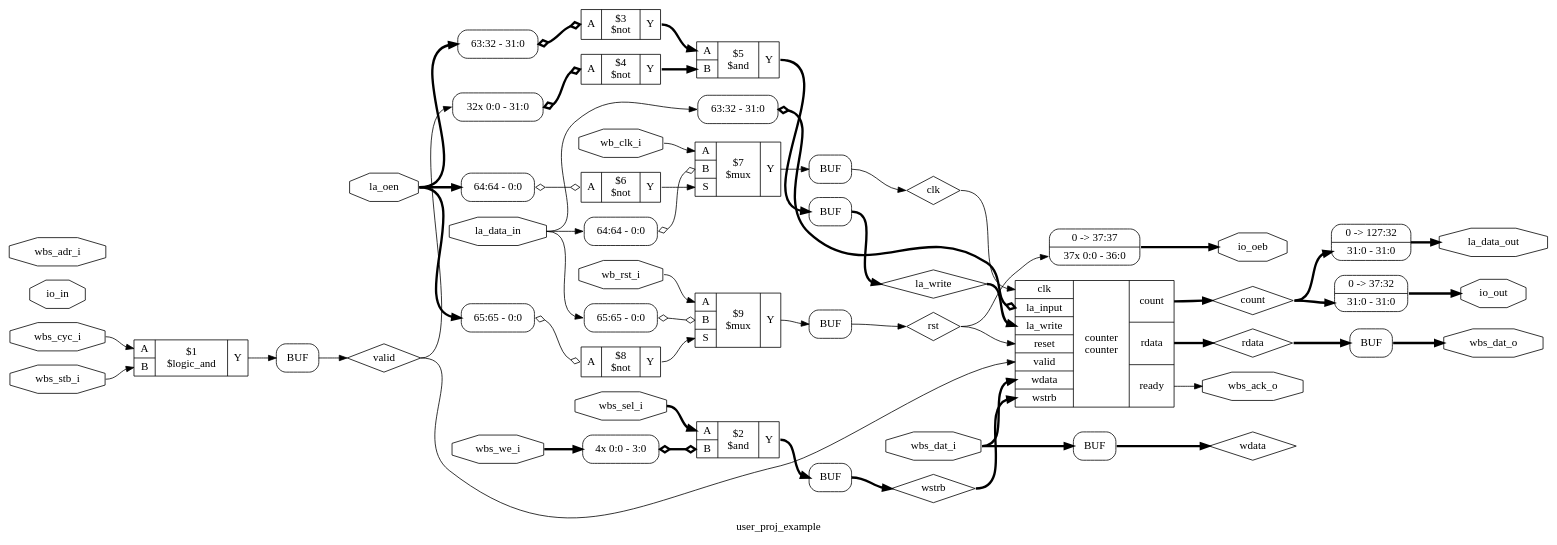
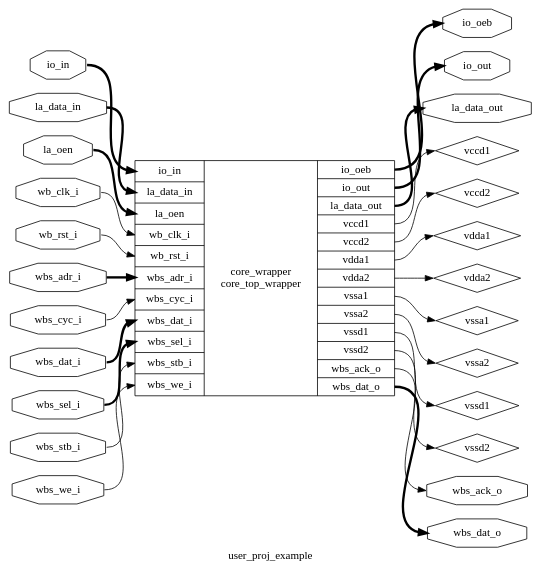
The diagram in openlane/user_proj_example/runs/user_proj_example/tmp/synthesis/hierarchy.dot (joelsanchezmoreno/caravel_custom_core), drawn with Graphviz before and after one commit. The commit also changed 155 other files, not shown here.

```diff
--- a/openlane/user_proj_example/runs/user_proj_example/tmp/synthesis/hierarchy.dot
+++ b/openlane/user_proj_example/runs/user_proj_example/tmp/synthesis/hierarchy.dot
@@ -1,111 +1,54 @@
 digraph "user_proj_example" {
 label="user_proj_example";
 rankdir="LR";
 remincross=true;
-n10 [ shape=diamond, label="la_write", color="black", fontcolor="black" ];
-n11 [ shape=diamond, label="wstrb", color="black", fontcolor="black" ];
-n12 [ shape=diamond, label="valid", color="black", fontcolor="black" ];
-n13 [ shape=diamond, label="count", color="black", fontcolor="black" ];
-n14 [ shape=diamond, label="wdata", color="black", fontcolor="black" ];
-n15 [ shape=diamond, label="rdata", color="black", fontcolor="black" ];
-n16 [ shape=diamond, label="rst", color="black", fontcolor="black" ];
-n17 [ shape=diamond, label="clk", color="black", fontcolor="black" ];
-n18 [ shape=octagon, label="io_oeb", color="black", fontcolor="black" ];
-n19 [ shape=octagon, label="io_out", color="black", fontcolor="black" ];
-n20 [ shape=octagon, label="io_in", color="black", fontcolor="black" ];
-n21 [ shape=octagon, label="la_oen", color="black", fontcolor="black" ];
-n22 [ shape=octagon, label="la_data_out", color="black", fontcolor="black" ];
-n23 [ shape=octagon, label="la_data_in", color="black", fontcolor="black" ];
-n24 [ shape=octagon, label="wbs_dat_o", color="black", fontcolor="black" ];
-n25 [ shape=octagon, label="wbs_ack_o", color="black", fontcolor="black" ];
-n26 [ shape=octagon, label="wbs_adr_i", color="black", fontcolor="black" ];
-n27 [ shape=octagon, label="wbs_dat_i", color="black", fontcolor="black" ];
-n28 [ shape=octagon, label="wbs_sel_i", color="black", fontcolor="black" ];
-n29 [ shape=octagon, label="wbs_we_i", color="black", fontcolor="black" ];
-n30 [ shape=octagon, label="wbs_cyc_i", color="black", fontcolor="black" ];
-n31 [ shape=octagon, label="wbs_stb_i", color="black", fontcolor="black" ];
-n32 [ shape=octagon, label="wb_rst_i", color="black", fontcolor="black" ];
-n33 [ shape=octagon, label="wb_clk_i", color="black", fontcolor="black" ];
-c37 [ shape=record, label="{{<p17> clk|<p34> la_input|<p10> la_write|<p35> reset|<p12> valid|<p14> wdata|<p11> wstrb}|counter\ncounter|{<p13> count|<p15> rdata|<p36> ready}}" ];
-x0 [ shape=record, style=rounded, label="<s0> 63:32 - 31:0 " ];
-x0:e -> c37:p34:w [arrowhead=odiamond, arrowtail=odiamond, dir=both, color="black", style="setlinewidth(3)", label=""];
-c42 [ shape=record, label="{{<p38> A|<p39> B|<p40> S}|$9\n$mux|{<p41> Y}}" ];
-x1 [ shape=record, style=rounded, label="<s0> 65:65 - 0:0 " ];
-x1:e -> c42:p39:w [arrowhead=odiamond, arrowtail=odiamond, dir=both, color="black", label=""];
-c43 [ shape=record, label="{{<p38> A}|$8\n$not|{<p41> Y}}" ];
-x2 [ shape=record, style=rounded, label="<s0> 65:65 - 0:0 " ];
-x2:e -> c43:p38:w [arrowhead=odiamond, arrowtail=odiamond, dir=both, color="black", label=""];
-c44 [ shape=record, label="{{<p38> A|<p39> B|<p40> S}|$7\n$mux|{<p41> Y}}" ];
-x3 [ shape=record, style=rounded, label="<s0> 64:64 - 0:0 " ];
-x3:e -> c44:p39:w [arrowhead=odiamond, arrowtail=odiamond, dir=both, color="black", label=""];
-c45 [ shape=record, label="{{<p38> A}|$6\n$not|{<p41> Y}}" ];
-x4 [ shape=record, style=rounded, label="<s0> 64:64 - 0:0 " ];
-x4:e -> c45:p38:w [arrowhead=odiamond, arrowtail=odiamond, dir=both, color="black", label=""];
-c46 [ shape=record, label="{{<p38> A|<p39> B}|$5\n$and|{<p41> Y}}" ];
-c47 [ shape=record, label="{{<p38> A}|$4\n$not|{<p41> Y}}" ];
-x5 [ shape=record, style=rounded, label="<s31> 32x 0:0 - 31:0 " ];
-x5:e -> c47:p38:w [arrowhead=odiamond, arrowtail=odiamond, dir=both, color="black", style="setlinewidth(3)", label=""];
-c48 [ shape=record, label="{{<p38> A}|$3\n$not|{<p41> Y}}" ];
-x6 [ shape=record, style=rounded, label="<s0> 63:32 - 31:0 " ];
-x6:e -> c48:p38:w [arrowhead=odiamond, arrowtail=odiamond, dir=both, color="black", style="setlinewidth(3)", label=""];
-c49 [ shape=record, label="{{<p38> A|<p39> B}|$2\n$and|{<p41> Y}}" ];
-x7 [ shape=record, style=rounded, label="<s3> 4x 0:0 - 3:0 " ];
-x7:e -> c49:p39:w [arrowhead=odiamond, arrowtail=odiamond, dir=both, color="black", style="setlinewidth(3)", label=""];
-c50 [ shape=record, label="{{<p38> A|<p39> B}|$1\n$logic_and|{<p41> Y}}" ];
-x8 [shape=box, style=rounded, label="BUF"];
-x9 [shape=box, style=rounded, label="BUF"];
-x10 [shape=box, style=rounded, label="BUF"];
-x11 [shape=box, style=rounded, label="BUF"];
-x12 [ shape=record, style=rounded, label="0 -&gt; 37:32 |<s0> 31:0 - 31:0 " ];
-x13 [ shape=record, style=rounded, label="0 -&gt; 37:37 |<s36> 37x 0:0 - 36:0 " ];
-x14 [ shape=record, style=rounded, label="0 -&gt; 127:32 |<s0> 31:0 - 31:0 " ];
-x15 [shape=box, style=rounded, label="BUF"];
-x16 [shape=box, style=rounded, label="BUF"];
-x17 [shape=box, style=rounded, label="BUF"];
-c42:p41:e -> x17:w:w [color="black", label=""];
-x15:e:e -> n10:w [color="black", style="setlinewidth(3)", label=""];
-n10:e -> c37:p10:w [color="black", style="setlinewidth(3)", label=""];
-x9:e:e -> n11:w [color="black", style="setlinewidth(3)", label=""];
-n11:e -> c37:p11:w [color="black", style="setlinewidth(3)", label=""];
-x8:e:e -> n12:w [color="black", label=""];
-n12:e -> c37:p12:w [color="black", label=""];
-n12:e -> x5:s31:w [color="black", label=""];
-c37:p13:e -> n13:w [color="black", style="setlinewidth(3)", label=""];
-n13:e -> x12:s0:w [color="black", style="setlinewidth(3)", label=""];
-n13:e -> x14:s0:w [color="black", style="setlinewidth(3)", label=""];
-x11:e:e -> n14:w [color="black", style="setlinewidth(3)", label=""];
-c37:p15:e -> n15:w [color="black", style="setlinewidth(3)", label=""];
-n15:e -> x10:w:w [color="black", style="setlinewidth(3)", label=""];
-x17:e:e -> n16:w [color="black", label=""];
-n16:e -> c37:p35:w [color="black", label=""];
-n16:e -> x13:s36:w [color="black", label=""];
-x16:e:e -> n17:w [color="black", label=""];
-n17:e -> c37:p17:w [color="black", label=""];
-x13:e -> n18:w [color="black", style="setlinewidth(3)", label=""];
-x12:e -> n19:w [color="black", style="setlinewidth(3)", label=""];
-c43:p41:e -> c42:p40:w [color="black", label=""];
-n21:e -> x2:s0:w [color="black", style="setlinewidth(3)", label=""];
-n21:e -> x4:s0:w [color="black", style="setlinewidth(3)", label=""];
-n21:e -> x6:s0:w [color="black", style="setlinewidth(3)", label=""];
-x14:e -> n22:w [color="black", style="setlinewidth(3)", label=""];
-n23:e -> x0:s0:w [color="black", label=""];
-n23:e -> x1:s0:w [color="black", label=""];
-n23:e -> x3:s0:w [color="black", label=""];
-x10:e:e -> n24:w [color="black", style="setlinewidth(3)", label=""];
-c37:p36:e -> n25:w [color="black", label=""];
-n27:e -> c37:p14:w [color="black", style="setlinewidth(3)", label=""];
-n27:e -> x11:w:w [color="black", style="setlinewidth(3)", label=""];
-n28:e -> c49:p38:w [color="black", style="setlinewidth(3)", label=""];
-n29:e -> x7:s3:w [color="black", style="setlinewidth(3)", label=""];
-c44:p41:e -> x16:w:w [color="black", label=""];
-n30:e -> c50:p38:w [color="black", label=""];
-n31:e -> c50:p39:w [color="black", label=""];
-n32:e -> c42:p38:w [color="black", label=""];
-n33:e -> c44:p38:w [color="black", label=""];
-c45:p41:e -> c44:p40:w [color="black", label=""];
-c46:p41:e -> x15:w:w [color="black", style="setlinewidth(3)", label=""];
-c47:p41:e -> c46:p39:w [color="black", style="setlinewidth(3)", label=""];
-c48:p41:e -> c46:p38:w [color="black", style="setlinewidth(3)", label=""];
-c49:p41:e -> x9:w:w [color="black", style="setlinewidth(3)", label=""];
-c50:p41:e -> x8:w:w [color="black", label=""];
+n1 [ shape=diamond, label="vssd2", color="black", fontcolor="black" ];
+n2 [ shape=diamond, label="vssd1", color="black", fontcolor="black" ];
+n3 [ shape=diamond, label="vccd2", color="black", fontcolor="black" ];
+n4 [ shape=diamond, label="vccd1", color="black", fontcolor="black" ];
+n5 [ shape=diamond, label="vssa2", color="black", fontcolor="black" ];
+n6 [ shape=diamond, label="vssa1", color="black", fontcolor="black" ];
+n7 [ shape=diamond, label="vdda2", color="black", fontcolor="black" ];
+n8 [ shape=diamond, label="vdda1", color="black", fontcolor="black" ];
+n9 [ shape=octagon, label="io_oeb", color="black", fontcolor="black" ];
+n10 [ shape=octagon, label="io_out", color="black", fontcolor="black" ];
+n11 [ shape=octagon, label="io_in", color="black", fontcolor="black" ];
+n12 [ shape=octagon, label="la_oen", color="black", fontcolor="black" ];
+n13 [ shape=octagon, label="la_data_out", color="black", fontcolor="black" ];
+n14 [ shape=octagon, label="la_data_in", color="black", fontcolor="black" ];
+n15 [ shape=octagon, label="wbs_dat_o", color="black", fontcolor="black" ];
+n16 [ shape=octagon, label="wbs_ack_o", color="black", fontcolor="black" ];
+n17 [ shape=octagon, label="wbs_adr_i", color="black", fontcolor="black" ];
+n18 [ shape=octagon, label="wbs_dat_i", color="black", fontcolor="black" ];
+n19 [ shape=octagon, label="wbs_sel_i", color="black", fontcolor="black" ];
+n20 [ shape=octagon, label="wbs_we_i", color="black", fontcolor="black" ];
+n21 [ shape=octagon, label="wbs_cyc_i", color="black", fontcolor="black" ];
+n22 [ shape=octagon, label="wbs_stb_i", color="black", fontcolor="black" ];
+n23 [ shape=octagon, label="wb_rst_i", color="black", fontcolor="black" ];
+n24 [ shape=octagon, label="wb_clk_i", color="black", fontcolor="black" ];
+c25 [ shape=record, label="{{<p11> io_in|<p14> la_data_in|<p12> la_oen|<p24> wb_clk_i|<p23> wb_rst_i|<p17> wbs_adr_i|<p21> wbs_cyc_i|<p18> wbs_dat_i|<p19> wbs_sel_i|<p22> wbs_stb_i|<p20> wbs_we_i}|core_wrapper\ncore_top_wrapper|{<p9> io_oeb|<p10> io_out|<p13> la_data_out|<p4> vccd1|<p3> vccd2|<p8> vdda1|<p7> vdda2|<p6> vssa1|<p5> vssa2|<p2> vssd1|<p1> vssd2|<p16> wbs_ack_o|<p15> wbs_dat_o}}" ];
+c25:p1:e -> n1:w [color="black", label=""];
+c25:p10:e -> n10:w [color="black", style="setlinewidth(3)", label=""];
+n11:e -> c25:p11:w [color="black", style="setlinewidth(3)", label=""];
+n12:e -> c25:p12:w [color="black", style="setlinewidth(3)", label=""];
+c25:p13:e -> n13:w [color="black", style="setlinewidth(3)", label=""];
+n14:e -> c25:p14:w [color="black", style="setlinewidth(3)", label=""];
+c25:p15:e -> n15:w [color="black", style="setlinewidth(3)", label=""];
+c25:p16:e -> n16:w [color="black", label=""];
+n17:e -> c25:p17:w [color="black", style="setlinewidth(3)", label=""];
+n18:e -> c25:p18:w [color="black", style="setlinewidth(3)", label=""];
+n19:e -> c25:p19:w [color="black", style="setlinewidth(3)", label=""];
+c25:p2:e -> n2:w [color="black", label=""];
+n20:e -> c25:p20:w [color="black", label=""];
+n21:e -> c25:p21:w [color="black", label=""];
+n22:e -> c25:p22:w [color="black", label=""];
+n23:e -> c25:p23:w [color="black", label=""];
+n24:e -> c25:p24:w [color="black", label=""];
+c25:p3:e -> n3:w [color="black", label=""];
+c25:p4:e -> n4:w [color="black", label=""];
+c25:p5:e -> n5:w [color="black", label=""];
+c25:p6:e -> n6:w [color="black", label=""];
+c25:p7:e -> n7:w [color="black", label=""];
+c25:p8:e -> n8:w [color="black", label=""];
+c25:p9:e -> n9:w [color="black", style="setlinewidth(3)", label=""];
 }
```
